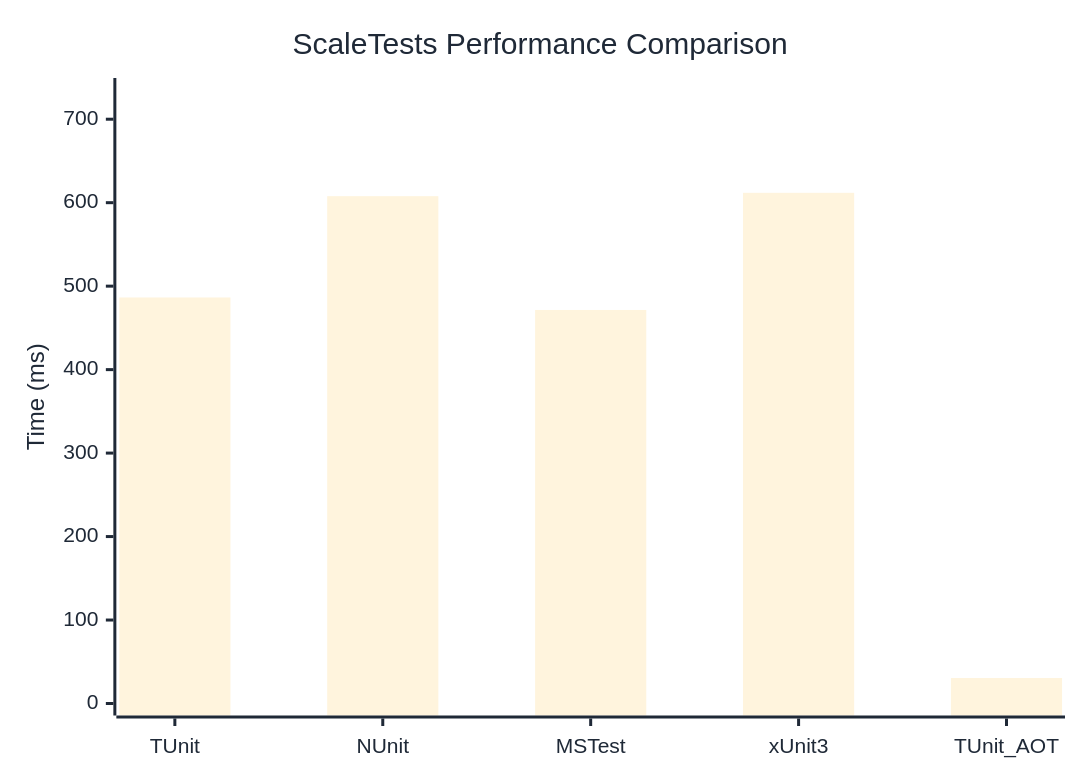
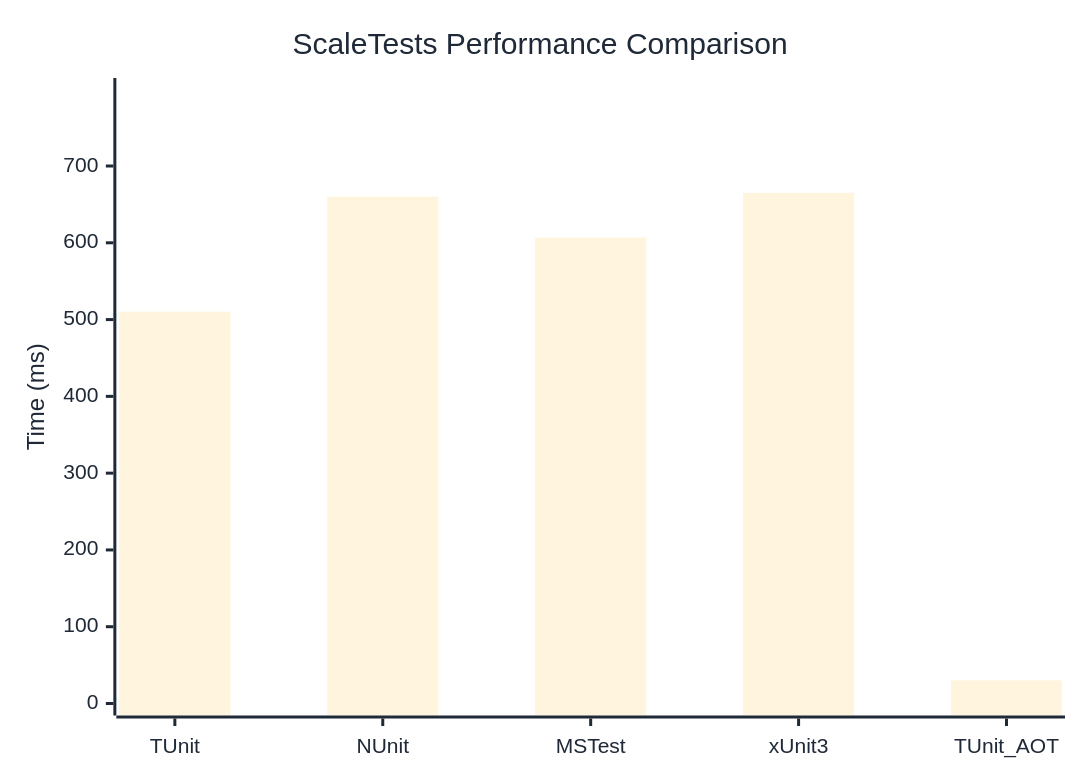
The diagram in docs/docs/benchmarks/ScaleTests.md (thomhurst/TUnit), drawn with Mermaid before and after one commit. The commit also changed other lines of this file and 17 other files, not shown here.

````diff
--- a/docs/docs/benchmarks/ScaleTests.md
+++ b/docs/docs/benchmarks/ScaleTests.md
@@ -27,37 +27,37 @@
 ```mermaid
 %%{init: {
   'theme':'base',
   'themeVariables': {
     'primaryColor': '#2563eb',
     'primaryTextColor': '#1f2937',
     'primaryBorderColor': '#1e40af',
     'lineColor': '#6b7280',
     'secondaryColor': '#7c3aed',
     'tertiaryColor': '#dc2626',
     'background': '#ffffff',
     'mainBkg': '#2563eb',
     'secondBkg': '#7c3aed',
     'tertiaryBkg': '#dc2626',
     'clusterBkg': '#f3f4f6',
     'edgeLabelBackground': '#ffffff',
     'tertiaryTextColor': '#1f2937',
     'pie1': '#2563eb',
     'pie2': '#7c3aed',
     'pie3': '#dc2626',
     'pie4': '#f59e0b',
     'pie5': '#10b981',
     'pie6': '#06b6d4',
     'pie7': '#ec4899',
     'pie8': '#6366f1',
     'pie9': '#84cc16',
     'pie10': '#f97316',
     'pie11': '#14b8a6',
     'pie12': '#a855f7'
   }
 }}%%
 xychart-beta
   title "ScaleTests Performance Comparison"
   x-axis ["TUnit", "NUnit", "MSTest", "xUnit3", "TUnit_AOT"]
-  y-axis "Time (ms)" 0 --> 735
-  bar [486.45, 607.8, 471.49, 611.82, 30.52]
+  y-axis "Time (ms)" 0 --> 799
+  bar [510.23, 660.06, 606.7, 665.1, 30.21]
 ```
````
